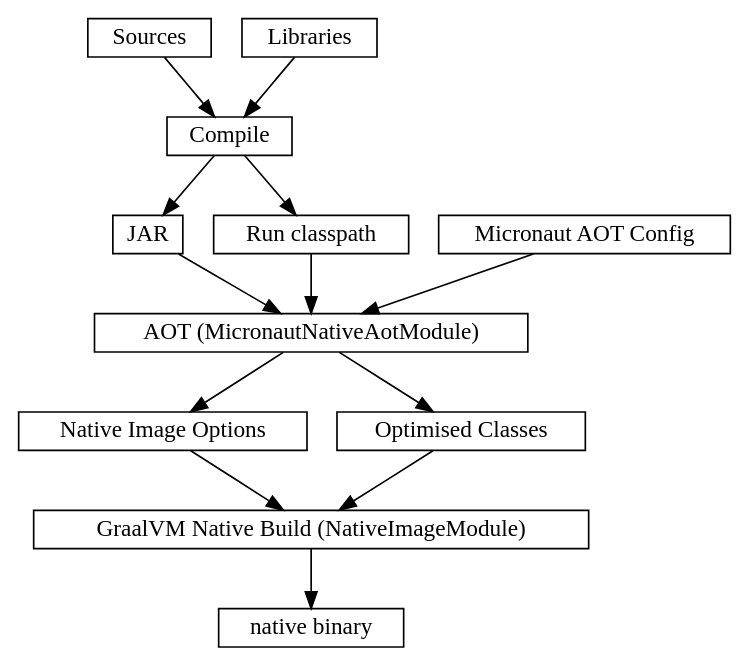
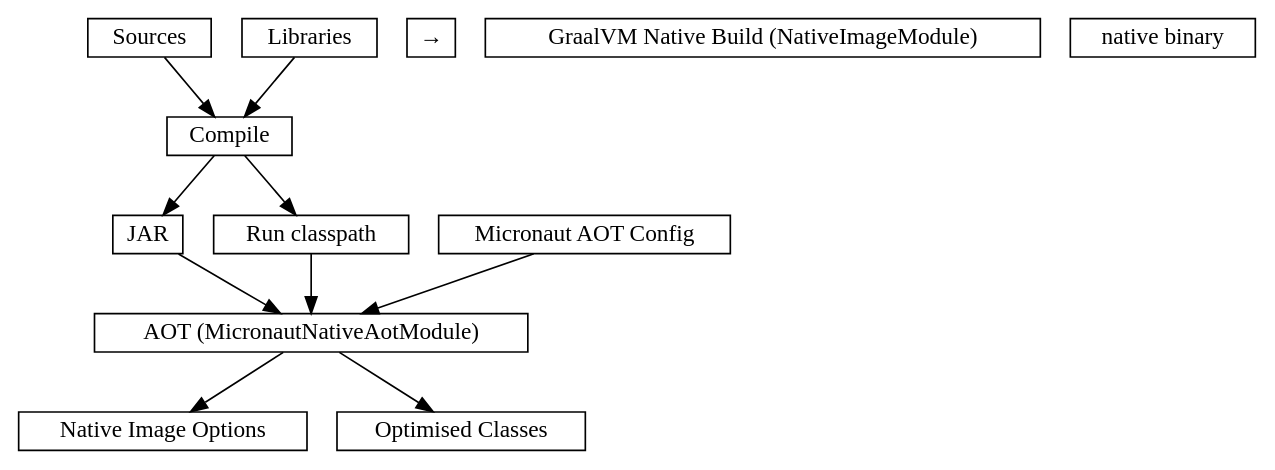
The second of 3 diagrams in website/blog/modules/ROOT/pages/21-quarkus-spring-micronaut-with-mill.adoc (com-lihaoyi/mill), drawn with Graphviz before and after one commit. The commit also changed other lines of this file, not shown here.

```diff
--- a/website/blog/modules/ROOT/pages/21-quarkus-spring-micronaut-with-mill.adoc
+++ b/website/blog/modules/ROOT/pages/21-quarkus-spring-micronaut-with-mill.adoc
@@ -212,20 +256,20 @@
 [graphviz]
 ....
 digraph MicronautNative {
   rankdir=TB
   node [shape=box width=0 height=0]
 
   "Sources" -> "Compile"
   "Libraries" -> "Compile"
   "Compile" -> "JAR"
   "Compile" -> "Run classpath"
   "JAR" -> "AOT (MicronautNativeAotModule)"
   "Run classpath" -> "AOT (MicronautNativeAotModule)"
   "Micronaut AOT Config" -> "AOT (MicronautNativeAotModule)"
   "AOT (MicronautNativeAotModule)" -> "Native Image Options"
   "AOT (MicronautNativeAotModule)" -> "Optimised Classes"
-  "Native Image Options" -> "GraalVM Native Build (NativeImageModule)"
-  "Optimised Classes" -> "GraalVM Native Build (NativeImageModule)"
-  "GraalVM Native Build (NativeImageModule)" -> "native binary"
+  "Native Image Options" → "GraalVM Native Build (NativeImageModule)"
+  "Optimised Classes" → "GraalVM Native Build (NativeImageModule)"
+  "GraalVM Native Build (NativeImageModule)" → "native binary"
 }
 ....
```
